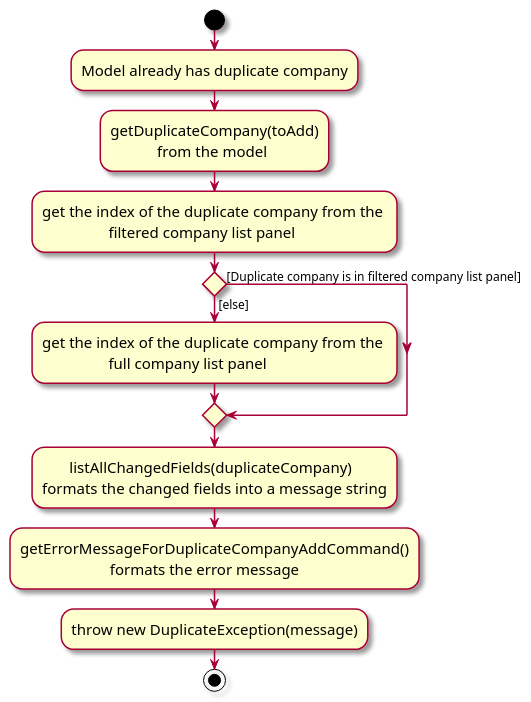
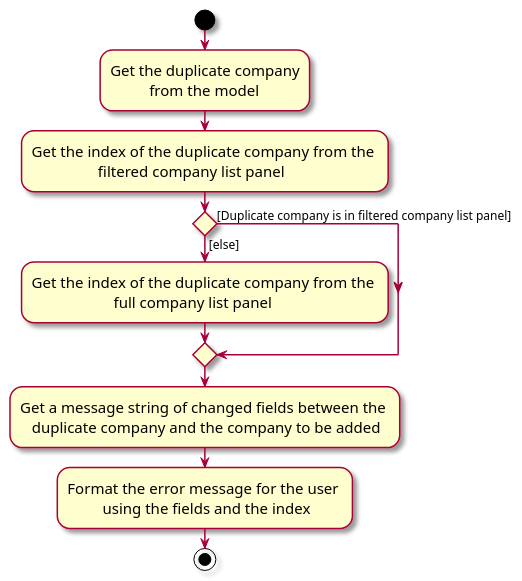
Before and after one commit to AY2324S1-CS2103T-T17-2/tp: the diagram in docs/diagrams/DuplicateActivityDiagram.puml, drawn with PlantUML. The commit also changed 6 other files, not shown here.

```diff
--- a/docs/diagrams/DuplicateActivityDiagram.puml
+++ b/docs/diagrams/DuplicateActivityDiagram.puml
@@ -1,22 +1,20 @@
 @startuml
 skin rose
 skinparam ActivityFontSize 15
 skinparam ArrowFontSize 12
 start
-:Model already has duplicate company;
 
 'Since the beta syntax does not support placing the condition outside the
 'diamond we place it as the true branch instead.
 
-:getDuplicateCompany(toAdd)\n            from the model;
-:get the index of the duplicate company from the \n                 filtered company list panel;
+:Get the duplicate company\n          from the model;
+:Get the index of the duplicate company from the \n                 filtered company list panel;
 if () then ([else])
-    :get the index of the duplicate company from the \n                 full company list panel;
+    :Get the index of the duplicate company from the \n                     full company list panel;
 else ([Duplicate company is in filtered company list panel])
     endif
 
-:       listAllChangedFields(duplicateCompany)\nformats the changed fields into a message string;
-:getErrorMessageForDuplicateCompanyAddCommand()\n                       formats the error message;
-:throw new DuplicateException(message);
+:Get a message string of changed fields between the \n   duplicate company and the company to be added;
+:Format the error message for the user \n         using the fields and the index;
 stop
 @enduml
```
